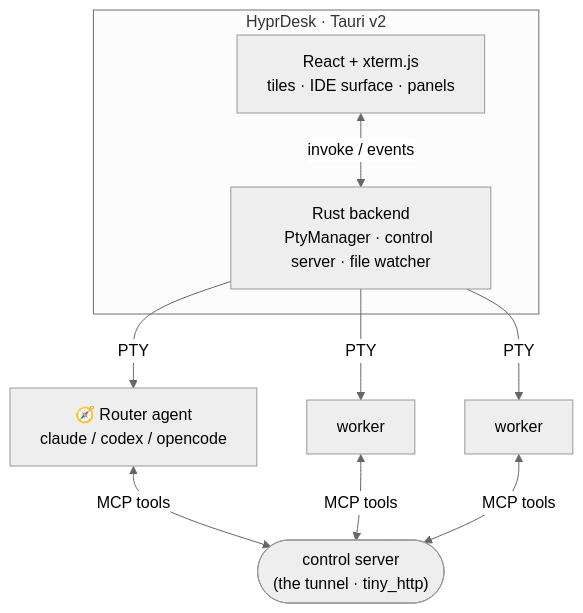
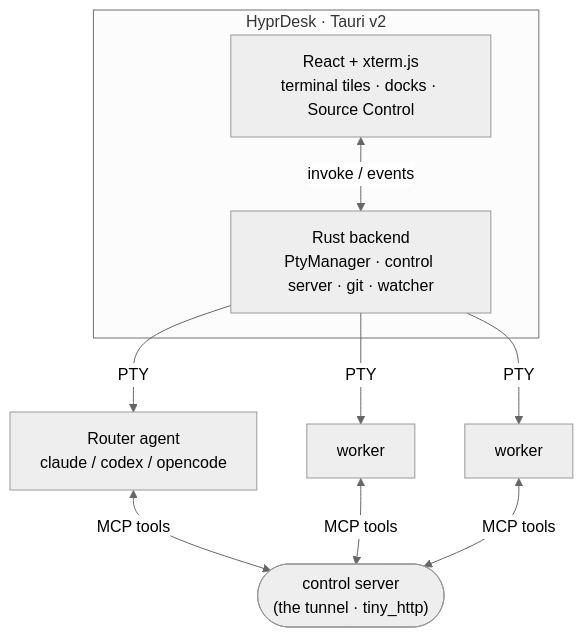
Before and after one commit to Mats2208/hyprdesk: the first of 2 diagrams in README.md, drawn with Mermaid (neutral theme). The commit also changed other lines of this file, not shown here.

First line of the commit message:
Actualizar README al estado real (Source Control, temas premium, sin editor)

````diff
--- a/README.md
+++ b/README.md
@@ -122,15 +108,15 @@
 ```mermaid
 flowchart TB
   subgraph APP["HyprDesk · Tauri v2"]
-    FE["React + xterm.js<br/>tiles · IDE surface · panels"]
-    BE["Rust backend<br/>PtyManager · control server · file watcher"]
+    FE["React + xterm.js<br/>terminal tiles · docks · Source Control"]
+    BE["Rust backend<br/>PtyManager · control server · git · watcher"]
     FE <-->|invoke / events| BE
   end
-  BE -->|PTY| R["🧭 Router agent<br/>claude / codex / opencode"]
+  BE -->|PTY| R["Router agent<br/>claude / codex / opencode"]
   BE -->|PTY| W1["worker"]
   BE -->|PTY| W2["worker"]
   HUB(["control server<br/>(the tunnel · tiny_http)"])
   R <-->|MCP tools| HUB
   W1 <-->|MCP tools| HUB
   W2 <-->|MCP tools| HUB
 ```
````
